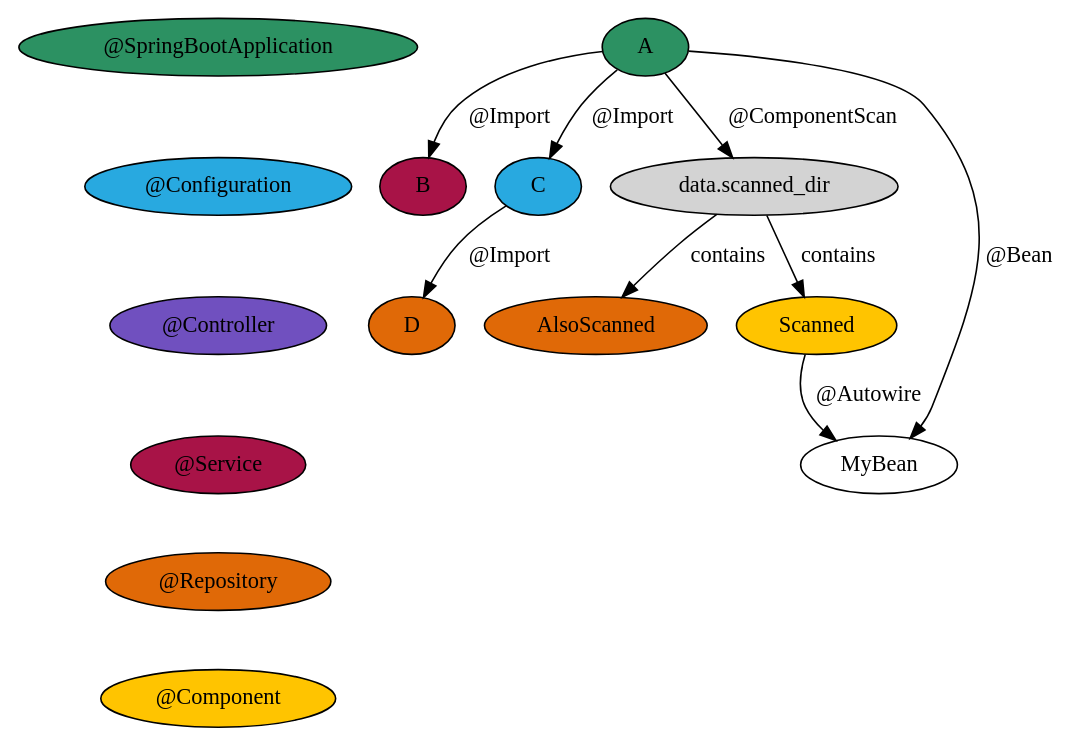
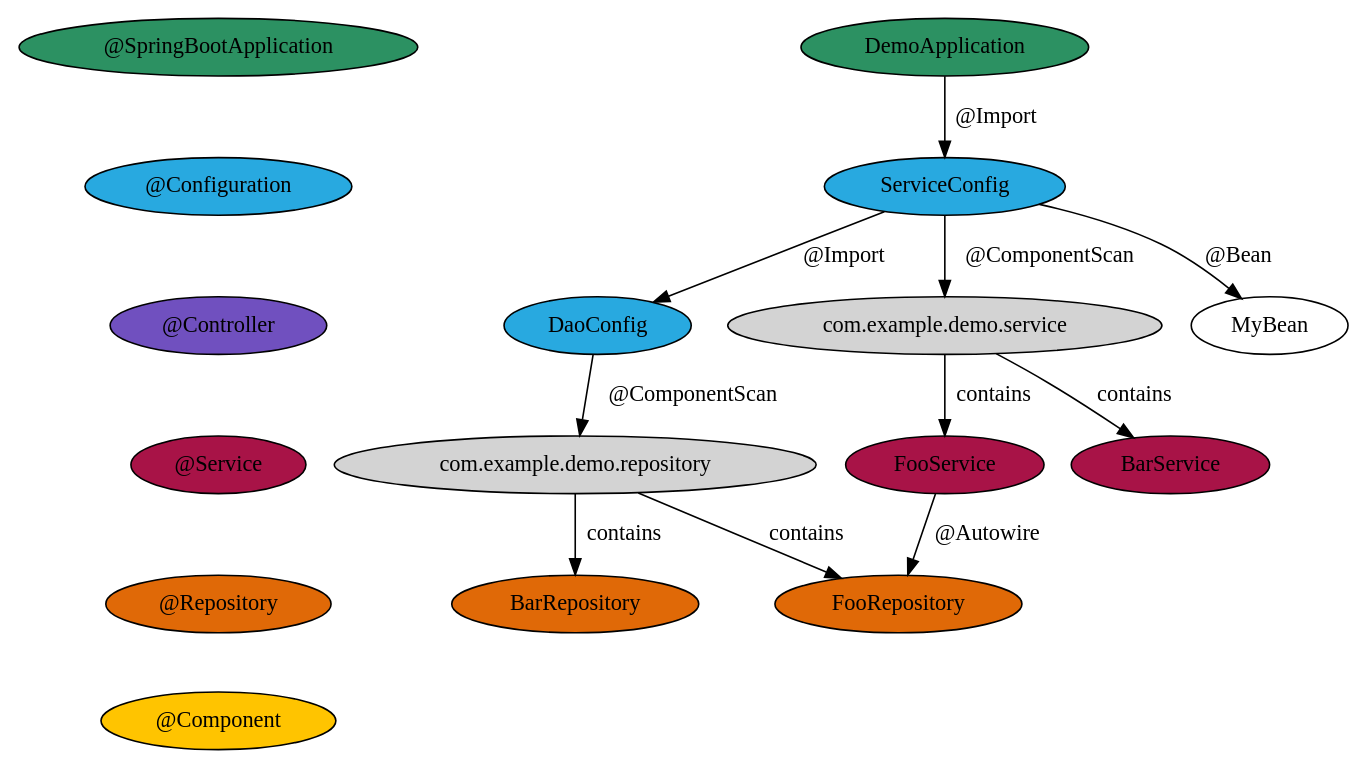
Before and after one commit to rudsvar/spring-visualizer: the diagram in example.dot, drawn with Graphviz. The commit also changed 28 other files, not shown here.

```diff
--- a/example.dot
+++ b/example.dot
@@ -1,32 +1,36 @@
 digraph Components {
     # Legend
     "@SpringBootApplication" [fillcolor="#2c9162",style=filled];
     "@Configuration" [fillcolor="#28a9e0",style=filled];
     "@Controller" [fillcolor="#7050bf",style=filled];
     "@Service" [fillcolor="#a81347",style=filled];
     "@Repository" [fillcolor="#e06907",style=filled];
     "@Component" [fillcolor="#ffc400",style=filled];
 
     # Align legend
     "@SpringBootApplication" -> "@Configuration" [style=invis];
     "@Configuration" -> "@Controller" [style=invis];
     "@Controller" -> "@Service" [style=invis];
     "@Service" -> "@Repository" [style=invis];
     "@Repository" -> "@Component" [style=invis];
 
-    B [fillcolor="#a81347"style=filled];
-    D [fillcolor="#e06907"style=filled];
-    A [fillcolor="#2c9162"style=filled];
-    A -> B [label="@Import"];
-    A -> C [label="@Import"];
-    "data.scanned_dir" [style=filled];
-    "A" -> "data.scanned_dir" [label="@ComponentScan"];
-    "data.scanned_dir" -> AlsoScanned [label=contains];
-    "data.scanned_dir" -> Scanned [label=contains];
-    A -> MyBean [label="@Bean"];
-    AlsoScanned [fillcolor="#e06907"style=filled];
-    Scanned [fillcolor="#ffc400"style=filled];
-    Scanned -> MyBean [label="@Autowire"];
-    C [fillcolor="#28a9e0"style=filled];
-    C -> D [label="@Import"];
+    DemoApplication [fillcolor="#2c9162"style=filled];
+    DemoApplication -> ServiceConfig [label="@Import"];
+    BarService [fillcolor="#a81347"style=filled];
+    FooService [fillcolor="#a81347"style=filled];
+    FooService -> FooRepository [label="@Autowire"];
+    ServiceConfig [fillcolor="#28a9e0"style=filled];
+    ServiceConfig -> DaoConfig [label="@Import"];
+    "com.example.demo.service" [style=filled];
+    "ServiceConfig" -> "com.example.demo.service" [label="@ComponentScan"];
+    "com.example.demo.service" -> BarService [label=contains];
+    "com.example.demo.service" -> FooService [label=contains];
+    ServiceConfig -> MyBean [label="@Bean"];
+    BarRepository [fillcolor="#e06907"style=filled];
+    FooRepository [fillcolor="#e06907"style=filled];
+    DaoConfig [fillcolor="#28a9e0"style=filled];
+    "com.example.demo.repository" [style=filled];
+    "DaoConfig" -> "com.example.demo.repository" [label="@ComponentScan"];
+    "com.example.demo.repository" -> BarRepository [label=contains];
+    "com.example.demo.repository" -> FooRepository [label=contains];
 }
```
